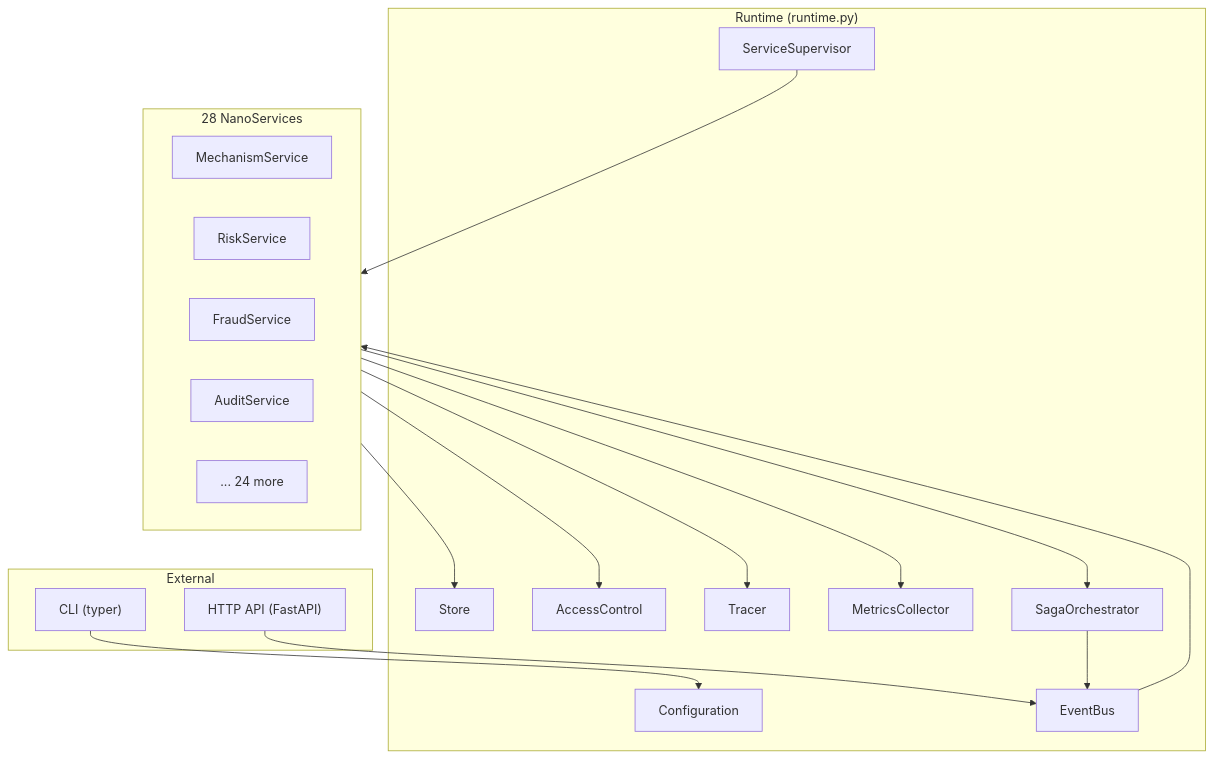
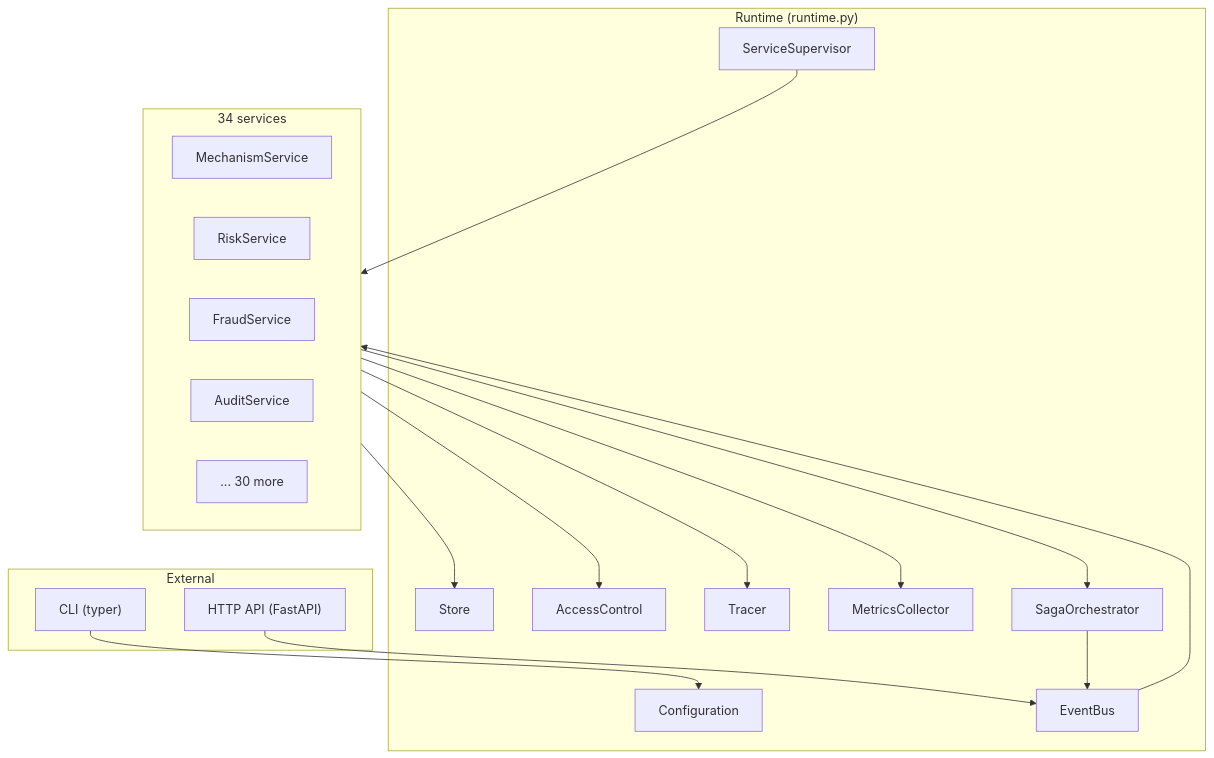
One commit to sachn-cs/unsecured-lending-underwriting changed the first of 5 diagrams in docs/architecture.md. Above: the diagram before and after it, drawn with Mermaid. The commit also changed other lines of this file, not shown here.

````diff
--- a/docs/architecture.md
+++ b/docs/architecture.md
@@ -7,37 +7,37 @@
 ```mermaid
 graph TB
     subgraph External["External"]
         CLI["CLI (typer)"]
         HTTP["HTTP API (FastAPI)"]
     end
 
     subgraph Runtime["Runtime (runtime.py)"]
         CFG["Configuration"]
         BUS["EventBus"]
         STORE["Store"]
         AUTHZ["AccessControl"]
         TRACER["Tracer"]
         METRICS["MetricsCollector"]
         SAGA["SagaOrchestrator"]
         SUP["ServiceSupervisor"]
     end
 
-    subgraph Services["28 NanoServices"]
+    subgraph Services["34 services"]
         MECH["MechanismService"]
         RISK["RiskService"]
         FRAUD["FraudService"]
         AUDIT["AuditService"]
-        OTHER["... 24 more"]
+        OTHER["... 30 more"]
     end
 
     CLI --> CFG
     HTTP --> BUS
     BUS --> Services
     Services --> STORE
     Services --> AUTHZ
     Services --> TRACER
     Services --> METRICS
     Services --> SAGA
     SAGA --> BUS
     SUP --> Services
 ```
````
